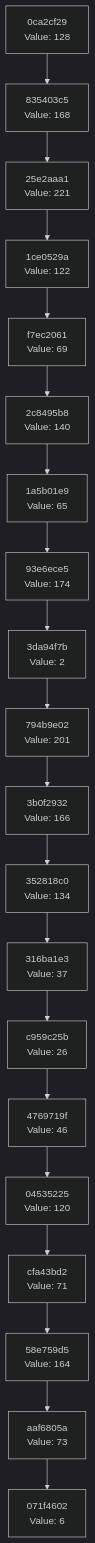
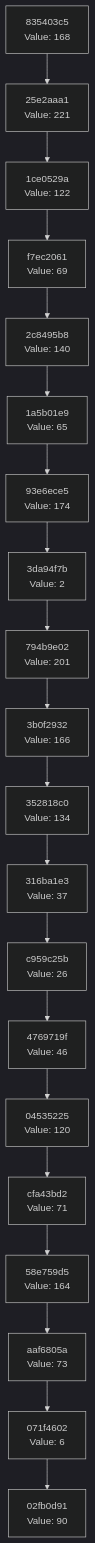
Before and after one commit to Abhisheksinha1506/hash-chain-evolver: the diagram in docs/CHAIN_VISUALIZATION.md, drawn with Mermaid (dark theme). The commit also changed 3 other files, not shown here.

````diff
--- a/docs/CHAIN_VISUALIZATION.md
+++ b/docs/CHAIN_VISUALIZATION.md
@@ -3,42 +3,42 @@
 ```mermaid
 graph TD
-    C0["071f4602<br/>Value: 6"]
-    C1["aaf6805a<br/>Value: 73"]
+    C0["02fb0d91<br/>Value: 90"]
+    C1["071f4602<br/>Value: 6"]
     C1 --> C0
-    C2["58e759d5<br/>Value: 164"]
+    C2["aaf6805a<br/>Value: 73"]
     C2 --> C1
-    C3["cfa43bd2<br/>Value: 71"]
+    C3["58e759d5<br/>Value: 164"]
     C3 --> C2
-    C4["04535225<br/>Value: 120"]
+    C4["cfa43bd2<br/>Value: 71"]
     C4 --> C3
-    C5["4769719f<br/>Value: 46"]
+    C5["04535225<br/>Value: 120"]
     C5 --> C4
-    C6["c959c25b<br/>Value: 26"]
+    C6["4769719f<br/>Value: 46"]
     C6 --> C5
-    C7["316ba1e3<br/>Value: 37"]
+    C7["c959c25b<br/>Value: 26"]
     C7 --> C6
-    C8["352818c0<br/>Value: 134"]
+    C8["316ba1e3<br/>Value: 37"]
     C8 --> C7
-    C9["3b0f2932<br/>Value: 166"]
+    C9["352818c0<br/>Value: 134"]
     C9 --> C8
-    C10["794b9e02<br/>Value: 201"]
+    C10["3b0f2932<br/>Value: 166"]
     C10 --> C9
-    C11["3da94f7b<br/>Value: 2"]
+    C11["794b9e02<br/>Value: 201"]
     C11 --> C10
-    C12["93e6ece5<br/>Value: 174"]
+    C12["3da94f7b<br/>Value: 2"]
     C12 --> C11
-    C13["1a5b01e9<br/>Value: 65"]
+    C13["93e6ece5<br/>Value: 174"]
     C13 --> C12
-    C14["2c8495b8<br/>Value: 140"]
+    C14["1a5b01e9<br/>Value: 65"]
     C14 --> C13
-    C15["f7ec2061<br/>Value: 69"]
+    C15["2c8495b8<br/>Value: 140"]
     C15 --> C14
-    C16["1ce0529a<br/>Value: 122"]
+    C16["f7ec2061<br/>Value: 69"]
     C16 --> C15
-    C17["25e2aaa1<br/>Value: 221"]
+    C17["1ce0529a<br/>Value: 122"]
     C17 --> C16
-    C18["835403c5<br/>Value: 168"]
+    C18["25e2aaa1<br/>Value: 221"]
     C18 --> C17
-    C19["0ca2cf29<br/>Value: 128"]
+    C19["835403c5<br/>Value: 168"]
     C19 --> C18
 ```
````
